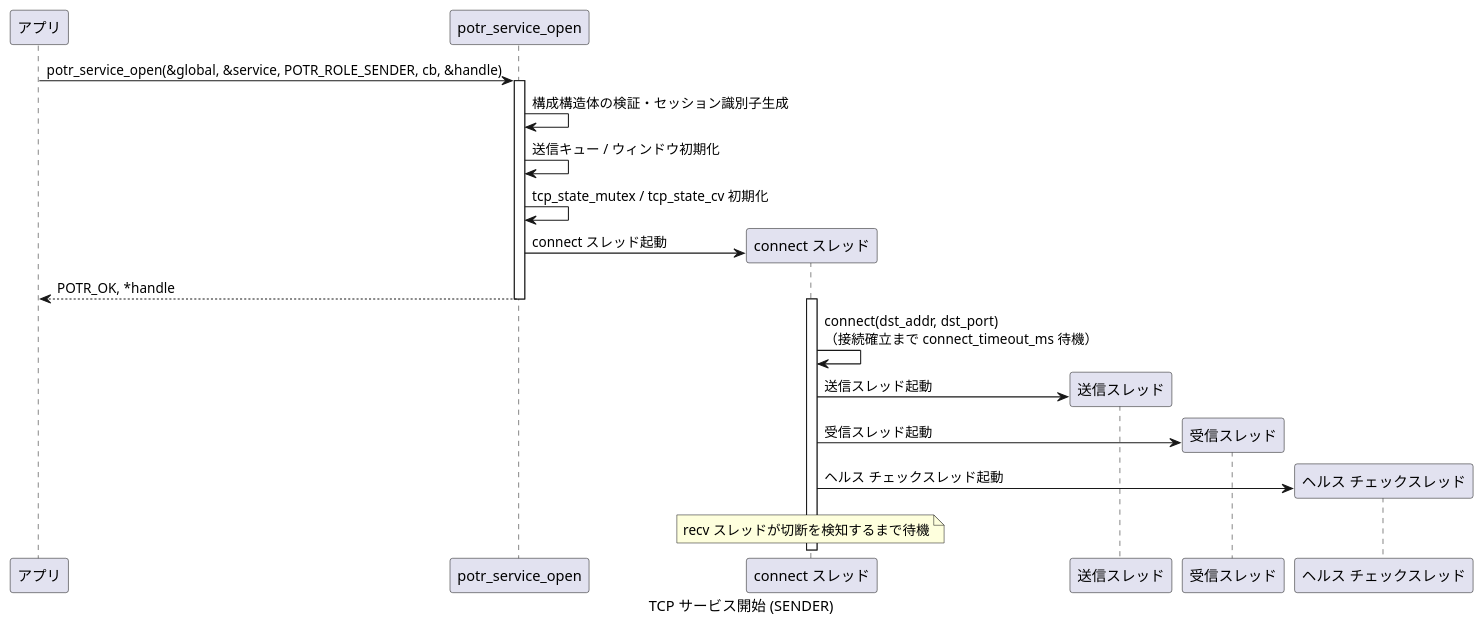
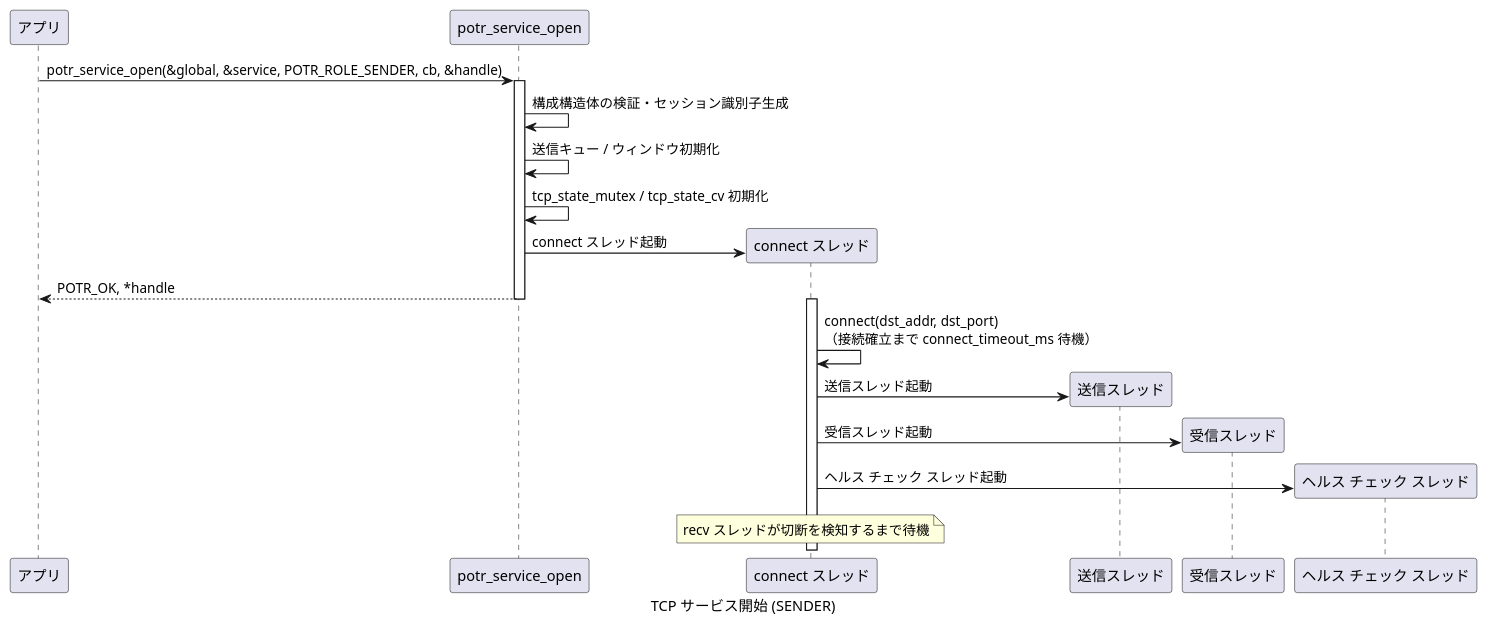
The first of 9 diagrams in docs/sequence-tcp.md (Hondarer/app_porter), drawn with PlantUML before and after one commit. The commit also changed 29 other files, not shown here.

First line of the commit message:
style: ヘルスチェックを「ヘルス チェック」へそろえ、コメントを text_style_jp で整える

````diff
--- a/docs/sequence-tcp.md
+++ b/docs/sequence-tcp.md
@@ -10,31 +10,31 @@
 ```plantuml
 @startuml TCP サービス開始 (SENDER)
 caption TCP サービス開始 (SENDER)
 
 participant "アプリ" as APP
 participant "potr_service_open" as OPEN
 participant "connect スレッド" as CT
 participant "送信スレッド" as ST
 participant "受信スレッド" as RT
-participant "ヘルス チェックスレッド" as HT
+participant "ヘルス チェック スレッド" as HT
 
 APP -> OPEN: potr_service_open(&global, &service, POTR_ROLE_SENDER, cb, &handle)
 activate OPEN
 OPEN -> OPEN: 構成構造体の検証・セッション識別子生成
 OPEN -> OPEN: 送信キュー / ウィンドウ初期化
 OPEN -> OPEN: tcp_state_mutex / tcp_state_cv 初期化
 
 OPEN -> CT**: connect スレッド起動
 OPEN --> APP: POTR_OK, *handle
 deactivate OPEN
 
 activate CT
 CT -> CT: connect(dst_addr, dst_port)\n（接続確立まで connect_timeout_ms 待機）
 CT -> ST**: 送信スレッド起動
 CT -> RT**: 受信スレッド起動
-CT -> HT**: ヘルス チェックスレッド起動
+CT -> HT**: ヘルス チェック スレッド起動
 
 note over CT: recv スレッドが切断を検知するまで待機
 
 @enduml
 ```
````
